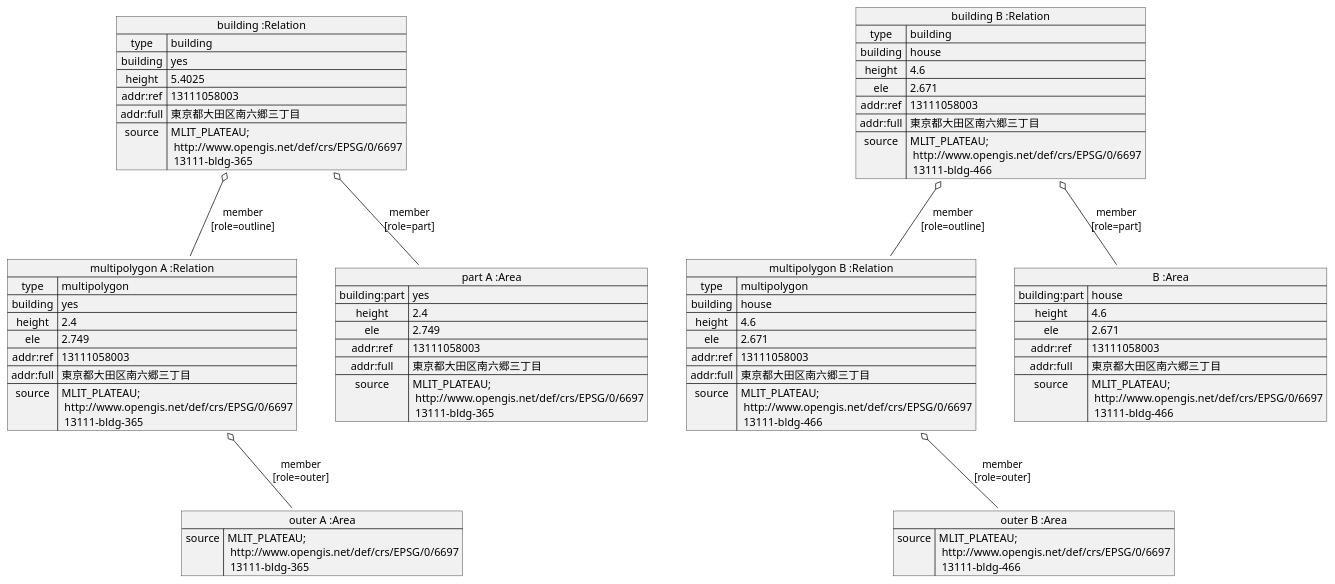
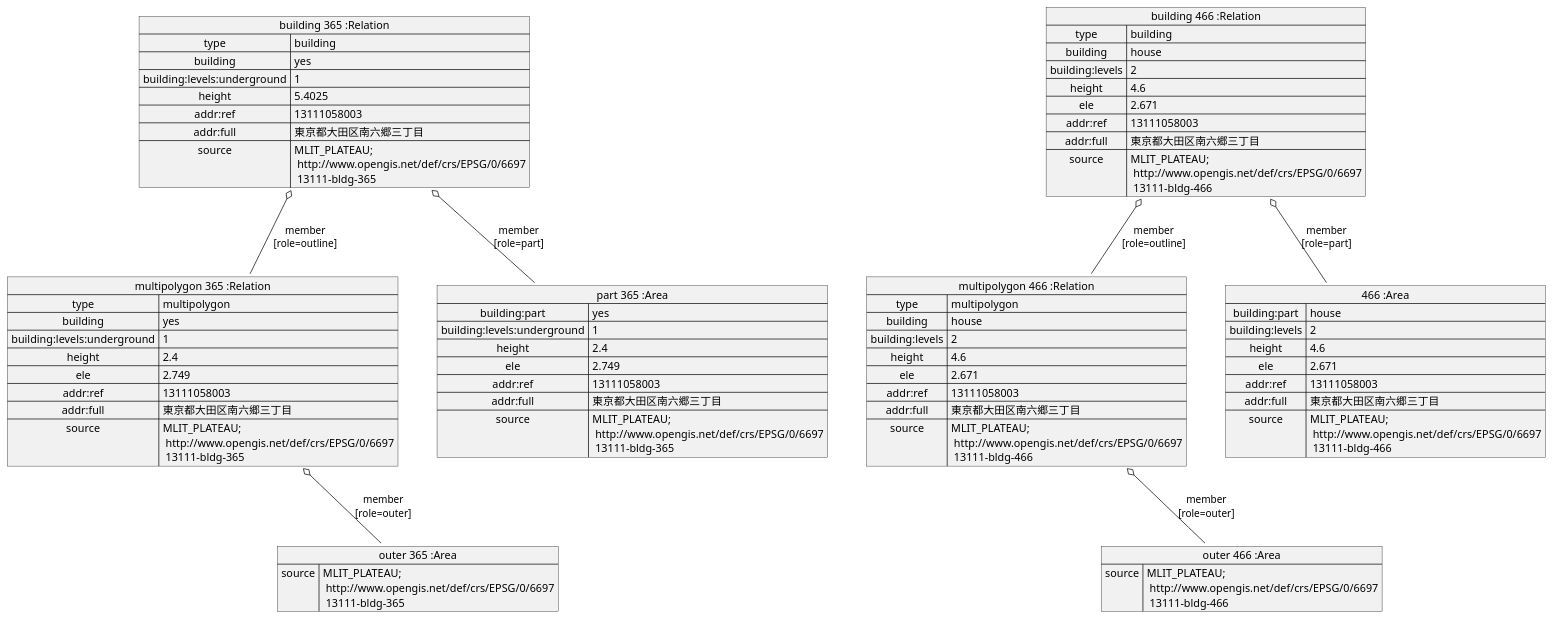
One commit to yuuhayashi/citygml-osm changed the diagram in doc/building/sample-a/sample-a-osm1.pu. Above: the diagram before and after it, drawn with PlantUML. The commit also changed 21 other files, not shown here.

```diff
--- a/doc/building/sample-a/sample-a-osm1.pu
+++ b/doc/building/sample-a/sample-a-osm1.pu
@@ -1,77 +1,83 @@
 @startuml
-map "building :Relation" as buildingA {
+map "building 365 :Relation" as buildingA {
  type => building
  building => yes
+ building:levels:underground => 1
  height => 5.4025
  addr:ref => 13111058003
  addr:full => 東京都大田区南六郷三丁目
  source => MLIT_PLATEAU;\n http://www.opengis.net/def/crs/EPSG/0/6697\n 13111-bldg-365
 }
 
-map "multipolygon A :Relation" as polygonA {
+map "multipolygon 365 :Relation" as polygonA {
  type => multipolygon
  building => yes
+ building:levels:underground => 1
  height => 2.4
  ele => 2.749
  addr:ref => 13111058003
  addr:full => 東京都大田区南六郷三丁目
  source => MLIT_PLATEAU;\n http://www.opengis.net/def/crs/EPSG/0/6697\n 13111-bldg-365
 }
 
-map "part A :Area" as partA {
+map "part 365 :Area" as partA {
  building:part => yes
+ building:levels:underground => 1
  height => 2.4
  ele => 2.749
  addr:ref => 13111058003
  addr:full => 東京都大田区南六郷三丁目
  source => MLIT_PLATEAU;\n http://www.opengis.net/def/crs/EPSG/0/6697\n 13111-bldg-365
 }
 
-map "outer A :Area" as outerA {
+map "outer 365 :Area" as outerA {
  source => MLIT_PLATEAU;\n http://www.opengis.net/def/crs/EPSG/0/6697\n 13111-bldg-365
 }
 
 buildingA o-- partA : member\n[role=part]
 buildingA o-- polygonA : member\n[role=outline]
 polygonA o-- outerA : member\n[role=outer]
 partA -[hidden]- outerA
 
 
-map "building B :Relation" as buildingB {
+map "building 466 :Relation" as buildingB {
  type => building
  building => house
+ building:levels => 2
  height => 4.6
  ele => 2.671
  addr:ref => 13111058003
  addr:full => 東京都大田区南六郷三丁目
  source => MLIT_PLATEAU;\n http://www.opengis.net/def/crs/EPSG/0/6697\n 13111-bldg-466
 }
 
-map "multipolygon B :Relation" as polygonB {
+map "multipolygon 466 :Relation" as polygonB {
  type => multipolygon
  building => house
+ building:levels => 2
  height => 4.6
  ele => 2.671
  addr:ref => 13111058003
  addr:full => 東京都大田区南六郷三丁目
  source => MLIT_PLATEAU;\n http://www.opengis.net/def/crs/EPSG/0/6697\n 13111-bldg-466
 }
 
-map "B :Area" as partB {
+map "466 :Area" as partB {
  building:part => house
+ building:levels => 2
  height => 4.6
  ele => 2.671
  addr:ref => 13111058003
  addr:full => 東京都大田区南六郷三丁目
  source => MLIT_PLATEAU;\n http://www.opengis.net/def/crs/EPSG/0/6697\n 13111-bldg-466
 }
 
-map "outer B :Area" as outerB {
+map "outer 466 :Area" as outerB {
  source => MLIT_PLATEAU;\n http://www.opengis.net/def/crs/EPSG/0/6697\n 13111-bldg-466
 }
 
 buildingB o-- partB : member\n[role=part]
 buildingB o-- polygonB : member\n[role=outline]
 polygonB o-- outerB : member\n[role=outer]
 partB -[hidden]- outerB
 @enduml
```
